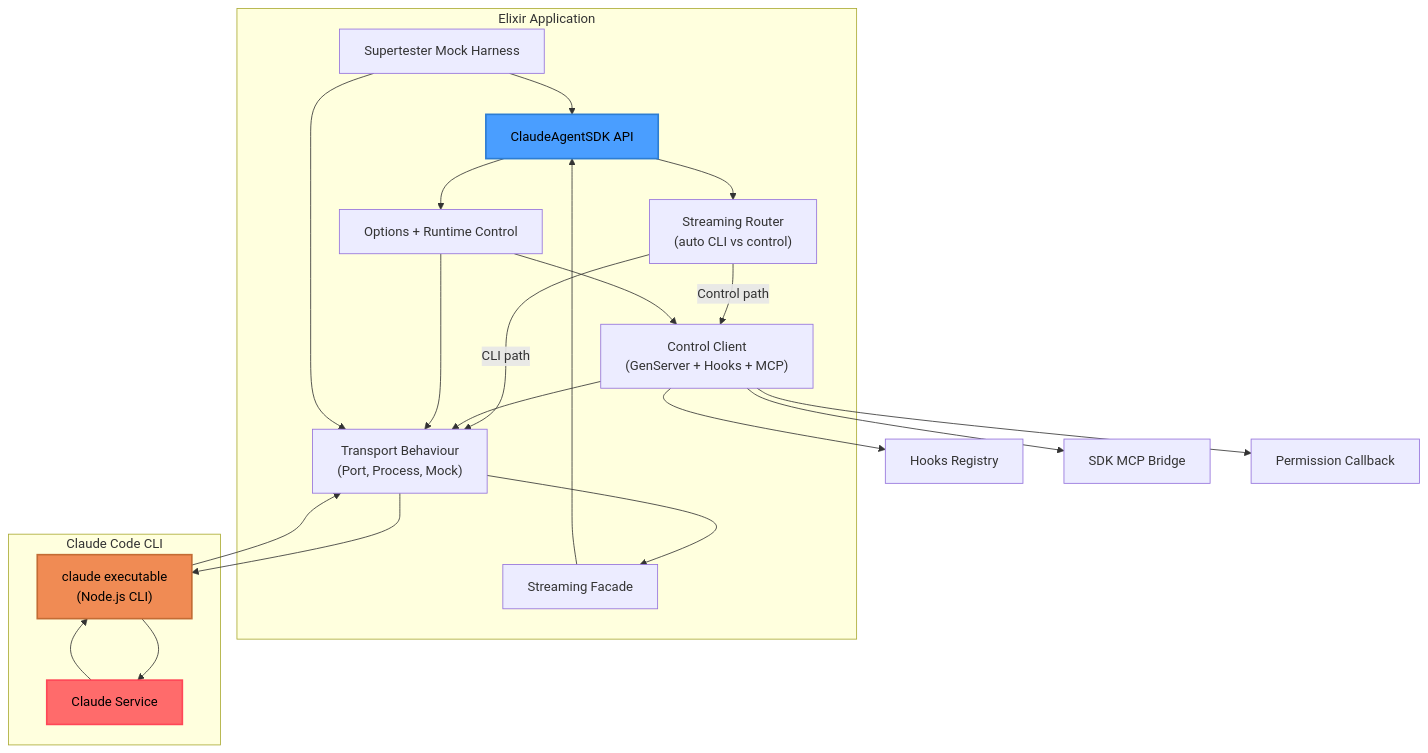
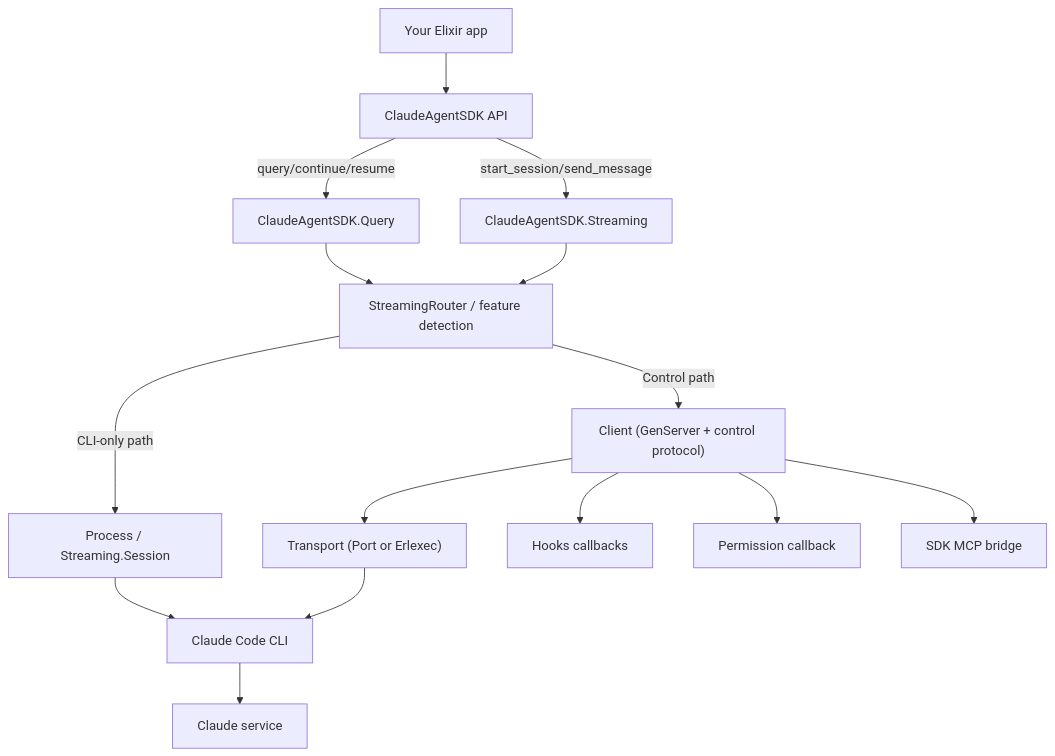
Before and after one commit to nshkrdotcom/claude_agent_sdk: the diagram in README.md, drawn with Mermaid. The commit also changed other lines of this file and 1 other file, not shown here.

`````diff
--- a/README.md
+++ b/README.md
@@ -18,40 +36,23 @@
 ```mermaid
 flowchart TB
-    subgraph "Elixir Application"
-        SDK["ClaudeAgentSDK API"]
-        Router["Streaming Router<br>(auto CLI vs control)"]
-        Transport["Transport Behaviour<br>(Port, Process, Mock)"]
-        ClientCtrl["Control Client<br>(GenServer + Hooks + MCP)"]
-        Streaming["Streaming Facade"]
-        Options["Options + Runtime Control"]
-        Tests["Supertester Mock Harness"]
-    end
+  App[Your Elixir app] --> SDK[ClaudeAgentSDK API]
 
-    subgraph "Claude Code CLI"
-        CLI["claude executable<br>(Node.js CLI)"]
-        CLI --> API["Claude Service"]
-        API --> CLI
-    end
+  SDK -->|"query/continue/resume"| Query[ClaudeAgentSDK.Query]
+  SDK -->|"start_session/send_message"| StreamAPI[ClaudeAgentSDK.Streaming]
 
-    SDK --> Options
-    SDK --> Router
-    Router -->|CLI path| Transport
-    Router -->|Control path| ClientCtrl
-    ClientCtrl --> Transport
-    Transport --> CLI
-    CLI --> Transport
-    Transport --> Streaming
-    Streaming --> SDK
+  Query --> Router["StreamingRouter / feature detection"]
+  StreamAPI --> Router
 
-    ClientCtrl --> Hooks[Hooks Registry]
-    ClientCtrl --> MCP[SDK MCP Bridge]
-    ClientCtrl --> Permissions[Permission Callback]
-    Options --> Transport
-    Options --> ClientCtrl
-    Tests --> Transport
-    Tests --> SDK
+  Router -->|"CLI-only path"| Proc["Process / Streaming.Session"]
+  Router -->|"Control path"| Client["Client (GenServer + control protocol)"]
 
-    style SDK fill:#4a9eff,stroke:#2d7dd2,stroke-width:2px,color:#000
-    style CLI fill:#f08b54,stroke:#c36c34,stroke-width:2px,color:#000
-    style API fill:#ff6b6b,stroke:#ff4757,stroke-width:2px,color:#000
-```
+  Client --> Transport["Transport (Port or Erlexec)"]
+  Proc --> CLI["Claude Code CLI"]
+
+  Transport --> CLI
+  CLI --> Claude["Claude service"]
+
+  Client --> Hooks["Hooks callbacks"]
+  Client --> Perms["Permission callback"]
+  Client --> MCP["SDK MCP bridge"]
+````
`````
